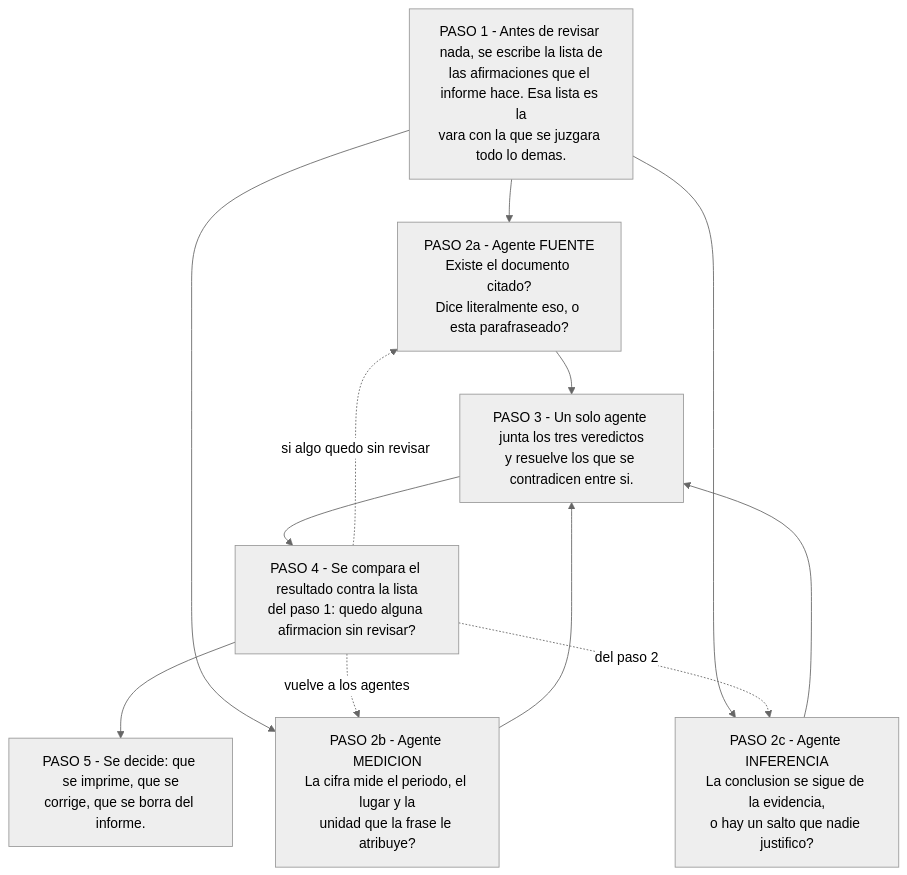
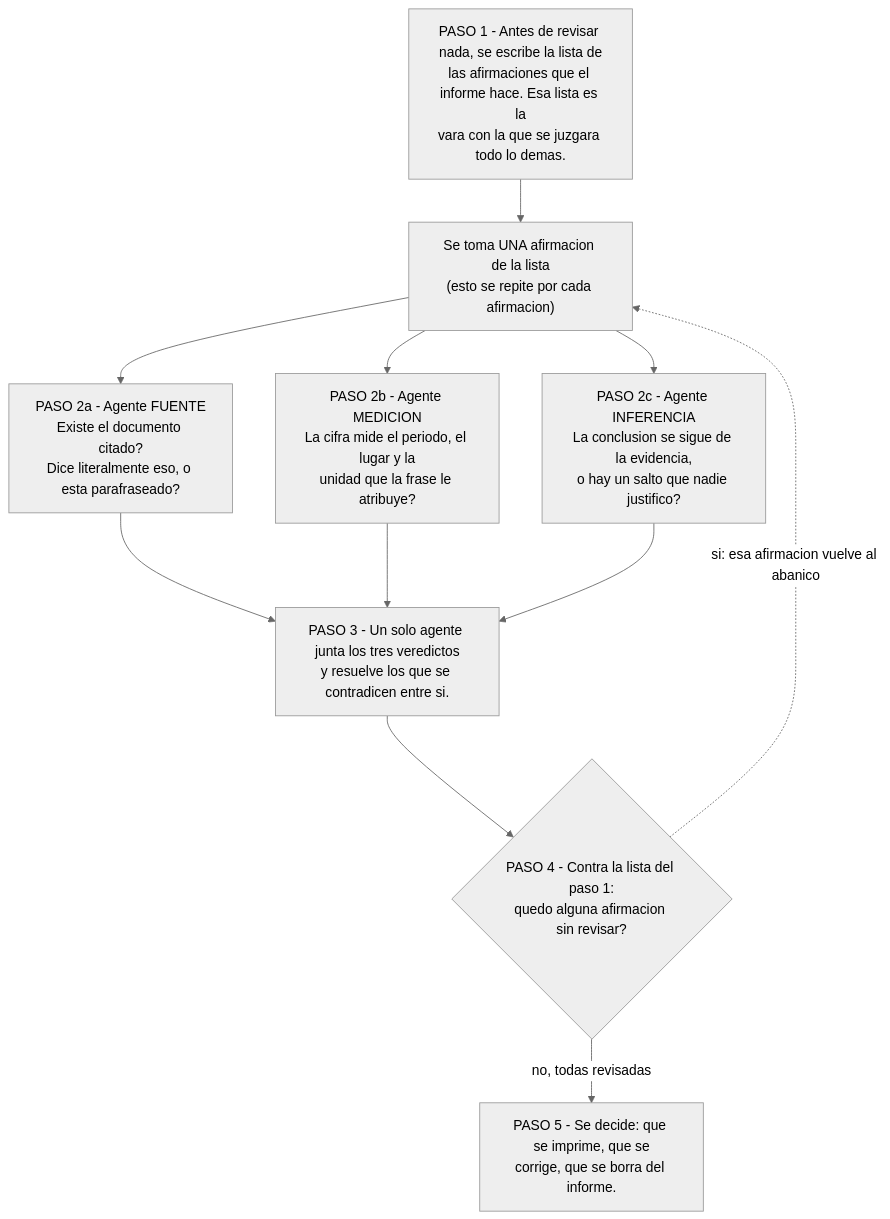
Before and after one commit to JoaquinMulet/kumo-skills: the third of 3 diagrams in README.md, drawn with Mermaid (neutral theme). The commit also changed other lines of this file and 1 other file, not shown here.

````diff
--- a/README.md
+++ b/README.md
@@ -118,26 +135,26 @@
 ```mermaid
 flowchart TD
   P1["PASO 1 - Antes de revisar nada, se escribe la lista de<br/>las afirmaciones que el informe hace. Esa lista es la<br/>vara con la que se juzgara todo lo demas."]
 
-  P1 --> A1
-  P1 --> A2
-  P1 --> A3
+  ABA["Se toma UNA afirmacion de la lista<br/>(esto se repite por cada afirmacion)"]
+  P1 --> ABA
+
+  ABA --> A1
+  ABA --> A2
+  ABA --> A3
 
   A1["PASO 2a - Agente FUENTE<br/>Existe el documento citado?<br/>Dice literalmente eso, o esta parafraseado?"]
   A2["PASO 2b - Agente MEDICION<br/>La cifra mide el periodo, el lugar y la<br/>unidad que la frase le atribuye?"]
   A3["PASO 2c - Agente INFERENCIA<br/>La conclusion se sigue de la evidencia,<br/>o hay un salto que nadie justifico?"]
 
   A1 --> P3
   A2 --> P3
   A3 --> P3
 
   P3["PASO 3 - Un solo agente junta los tres veredictos<br/>y resuelve los que se contradicen entre si."]
   P3 --> P4
-  P4["PASO 4 - Se compara el resultado contra la lista<br/>del paso 1: quedo alguna afirmacion sin revisar?"]
-  P4 --> P5
+  P4{"PASO 4 - Contra la lista del paso 1:<br/>quedo alguna afirmacion sin revisar?"}
+  P4 -->|"no, todas revisadas"| P5
+  P4 -.->|"si: esa afirmacion vuelve al abanico"| ABA
   P5["PASO 5 - Se decide: que se imprime, que se<br/>corrige, que se borra del informe."]
-
-  P4 -.->|"si algo quedo sin revisar"| A1
-  P4 -.->|"vuelve a los agentes"| A2
-  P4 -.->|"del paso 2"| A3
 ```
````
